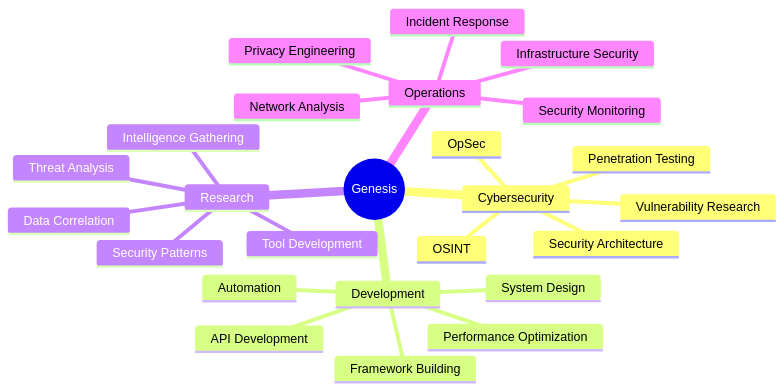
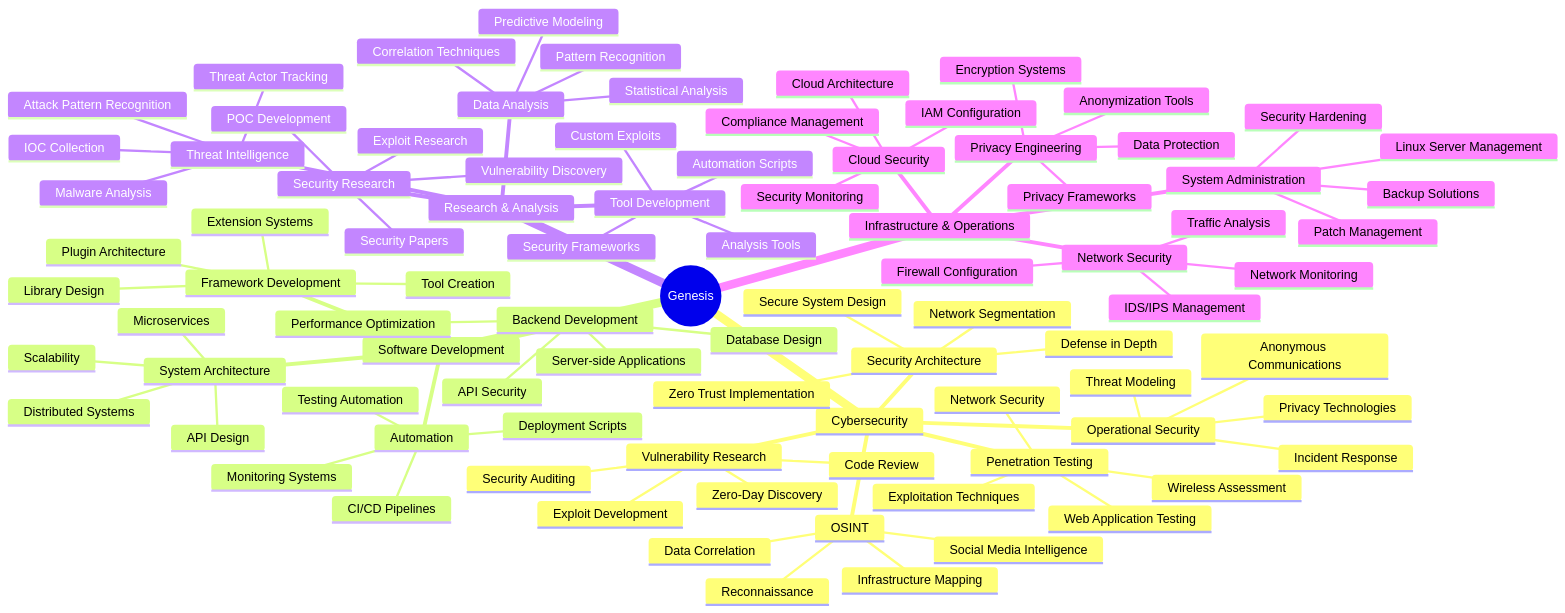
The diagram in README.md (genesisgzdev/genesisgzdev), drawn with Mermaid before and after one commit. The commit also changed other lines of this file, not shown here.

````diff
--- a/README.md
+++ b/README.md
@@ -189,26 +391,91 @@
   root((Genesis))
     Cybersecurity
       OSINT
+        Reconnaissance
+        Social Media Intelligence
+        Infrastructure Mapping
+        Data Correlation
       Penetration Testing
+        Web Application Testing
+        Network Security
+        Wireless Assessment
+        Exploitation Techniques
       Security Architecture
+        Secure System Design
+        Defense in Depth
+        Zero Trust Implementation
+        Network Segmentation
+      Operational Security
+        Privacy Technologies
+        Anonymous Communications
+        Threat Modeling
+        Incident Response
       Vulnerability Research
-      OpSec
-    Development
-      System Design
-      API Development
+        Zero-Day Discovery
+        Exploit Development
+        Security Auditing
+        Code Review
+    Software Development
+      System Architecture
+        Microservices
+        API Design
+        Distributed Systems
+        Scalability
+      Backend Development
+        Server-side Applications
+        Database Design
+        API Security
+        Performance Optimization
+      Framework Development
+        Tool Creation
+        Library Design
+        Plugin Architecture
+        Extension Systems
       Automation
-      Framework Building
-      Performance Optimization
-    Research
-      Intelligence Gathering
-      Data Correlation
-      Threat Analysis
+        CI/CD Pipelines
+        Testing Automation
+        Deployment Scripts
+        Monitoring Systems
+    Research & Analysis
+      Threat Intelligence
+        Threat Actor Tracking
+        Malware Analysis
+        Attack Pattern Recognition
+        IOC Collection
+      Data Analysis
+        Pattern Recognition
+        Correlation Techniques
+        Statistical Analysis
+        Predictive Modeling
       Tool Development
-      Security Patterns
-    Operations
-      Infrastructure Security
-      Network Analysis
-      Incident Response
-      Security Monitoring
+        Security Frameworks
+        Analysis Tools
+        Automation Scripts
+        Custom Exploits
+      Security Research
+        Vulnerability Discovery
+        Exploit Research
+        Security Papers
+        POC Development
+    Infrastructure & Operations
+      Network Security
+        Firewall Configuration
+        IDS/IPS Management
+        Network Monitoring
+        Traffic Analysis
+      System Administration
+        Linux Server Management
+        Security Hardening
+        Patch Management
+        Backup Solutions
+      Cloud Security
+        Cloud Architecture
+        IAM Configuration
+        Security Monitoring
+        Compliance Management
       Privacy Engineering
+        Encryption Systems
+        Anonymization Tools
+        Privacy Frameworks
+        Data Protection
 ```
````
